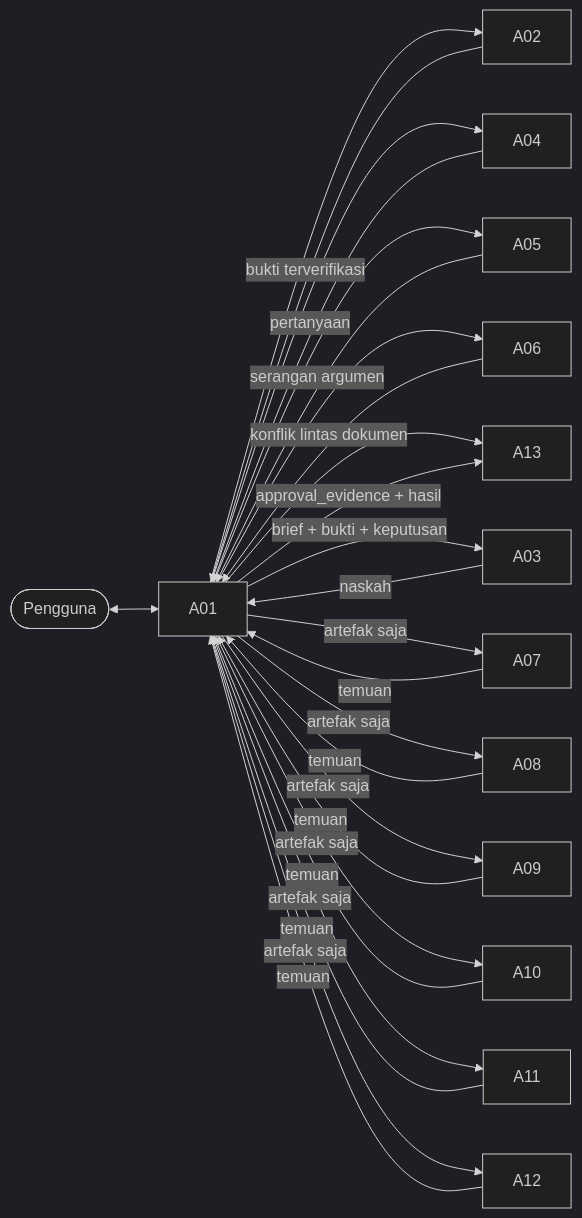
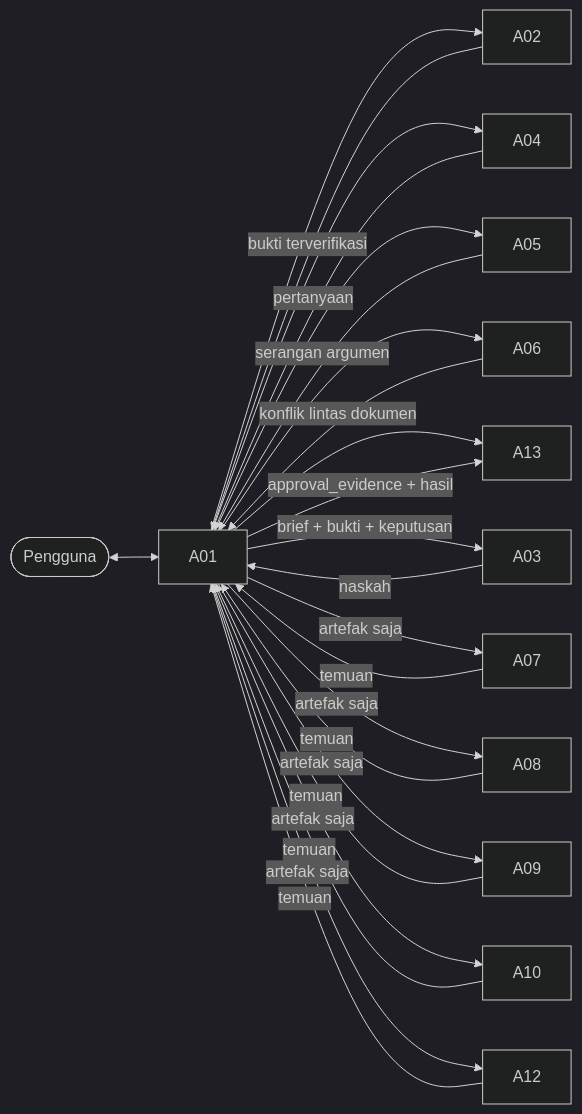
The diagram in docs/AGENT_SPECIFICATIONS.md (danenftyessir/project-proposal), drawn with Mermaid (dark theme) before and after one commit. The commit also changed other lines of this file and 55 other files, not shown here.

````diff
--- a/docs/AGENT_SPECIFICATIONS.md
+++ b/docs/AGENT_SPECIFICATIONS.md
@@ -98,14 +100,14 @@
 ```mermaid
 flowchart LR
     U([Pengguna]) <--> A01
     A01 --> A02 & A04 & A05 & A06 & A13
     A02 -- bukti terverifikasi --> A01
     A01 -- brief + bukti + keputusan --> A03
     A03 -- naskah --> A01
-    A01 -- artefak saja --> A07 & A08 & A09 & A10 & A11 & A12
+    A01 -- artefak saja --> A07 & A08 & A09 & A10 & A12
     A04 -- pertanyaan --> A01
     A05 -- serangan argumen --> A01
     A06 -- konflik lintas dokumen --> A01
-    A07 & A08 & A09 & A10 & A11 & A12 -- temuan --> A01
+    A07 & A08 & A09 & A10 & A12 -- temuan --> A01
     A01 -- approval_evidence + hasil --> A13
 ```
````
